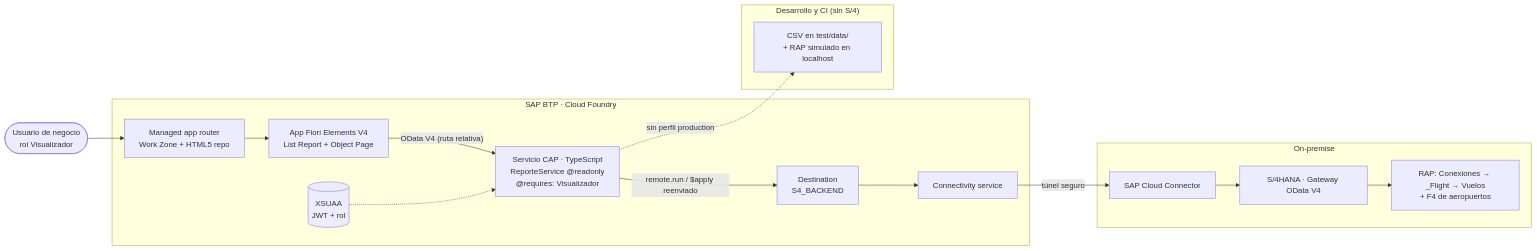
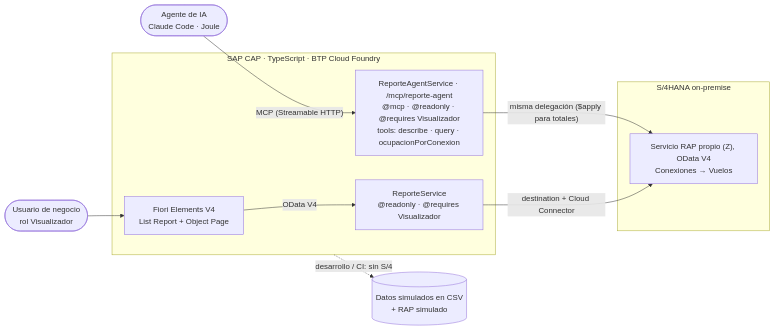
Before and after one commit to pgj1010/reporte-simple: the diagram in README.es.md, drawn with Mermaid. The commit also changed other lines of this file and 3 other files, not shown here.

Commit message:
mcp nivel 6: README.es.md como traducción fiel del README en inglés y regla de sincronización en CLAUDE.md (D76)

````diff
--- a/README.es.md
+++ b/README.es.md
@@ -37,24 +41,19 @@
 ```mermaid
 flowchart LR
-    U(["Usuario de negocio<br/>rol Visualizador"]) --> WZ
+    U(["Usuario de negocio<br/>rol Visualizador"]) --> FE["Fiori Elements V4<br/>List Report + Object Page"]
+    AG(["Agente de IA<br/>Claude Code · Joule"]) -- "MCP (Streamable HTTP)" --> MCPS
 
-    subgraph BTP["SAP BTP · Cloud Foundry"]
-        WZ["Managed app router<br/>Work Zone + HTML5 repo"] --> FE["App Fiori Elements V4<br/>List Report + Object Page"]
-        FE -- "OData V4 (ruta relativa)" --> CAP["Servicio CAP · TypeScript<br/>ReporteService @readonly<br/>@requires: Visualizador"]
-        XSUAA[("XSUAA<br/>JWT + rol")] -.-> CAP
-        CAP -- "remote.run / $apply reenviado" --> DEST["Destination<br/>S4_BACKEND"]
-        DEST --> CONN["Connectivity service"]
+    subgraph CAP["SAP CAP · TypeScript · BTP Cloud Foundry"]
+        FE -- "OData V4" --> RS["ReporteService<br/>@readonly · @requires Visualizador"]
+        MCPS["ReporteAgentService · /mcp/reporte-agent<br/>@mcp · @readonly · @requires Visualizador<br/>tools: describe · query · ocupacionPorConexion"]
     end
 
-    CONN -- "túnel seguro" --> SCC
+    RS -- "destination + Cloud Connector" --> RAP
+    MCPS -- "misma delegación ($apply para totales)" --> RAP
 
-    subgraph OnPrem["On‑premise"]
-        SCC["SAP Cloud Connector"] --> GW["S/4HANA · Gateway OData V4"]
-        GW --> RAP["RAP: Conexiones → _Flight → Vuelos<br/>+ F4 de aeropuertos"]
+    subgraph S4["S/4HANA on‑premise"]
+        RAP["Servicio RAP propio (Z), OData V4<br/>Conexiones → Vuelos"]
     end
 
-    subgraph Dev["Desarrollo y CI (sin S/4)"]
-        MOCK["CSV en test/data/<br/>+ RAP simulado en localhost"]
-    end
-    CAP -. "sin perfil production" .-> MOCK
+    CAP -. "desarrollo / CI: sin S/4" .-> MOCK[("Datos simulados en CSV<br/>+ RAP simulado")]
 ```
````
